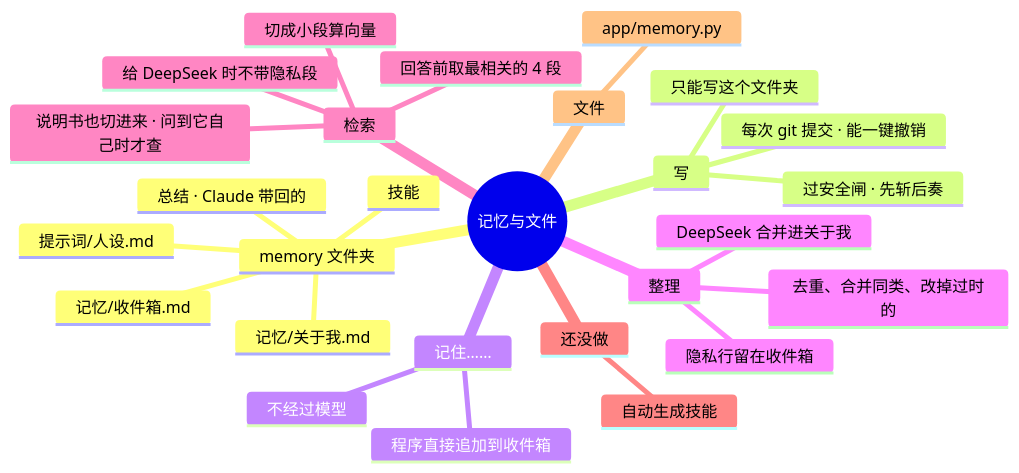
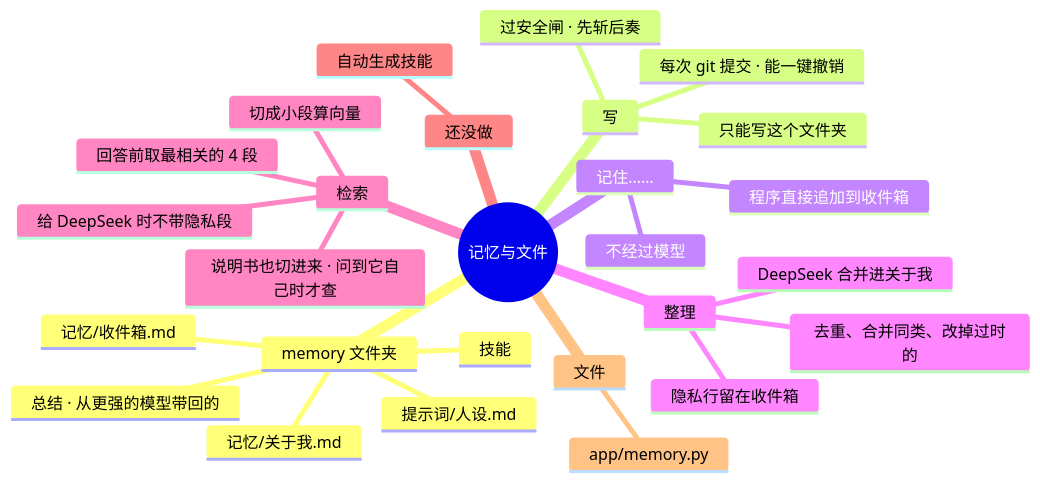
One commit to lql-076/Experiment-Agent-One changed the diagram in docs/AI文档/架构/05-记忆与文件.md. Above: the diagram before and after it, drawn with Mermaid. The commit also changed other lines of this file and 55 other files, not shown here.

````diff
--- a/docs/AI文档/架构/05-记忆与文件.md
+++ b/docs/AI文档/架构/05-记忆与文件.md
@@ -9,32 +9,32 @@
 ```mermaid
 mindmap
   root((记忆与文件))
     memory 文件夹
       记忆/收件箱.md
       记忆/关于我.md
       技能
       提示词/人设.md
-      总结 · Claude 带回的
+      总结 · 从更强的模型带回的
     写
       只能写这个文件夹
       过安全闸 · 先斩后奏
       每次 git 提交 · 能一键撤销
     记住……
       程序直接追加到收件箱
       不经过模型
     整理
     :::svc-nightly go-07
       DeepSeek 合并进关于我
       去重、合并同类、改掉过时的
       隐私行留在收件箱
     检索
     :::svc-model
       切成小段算向量
       说明书也切进来 · 问到它自己时才查
       回答前取最相关的 4 段
       给 DeepSeek 时不带隐私段
     还没做
       自动生成技能
     文件
       app/memory.py
 ```
````
